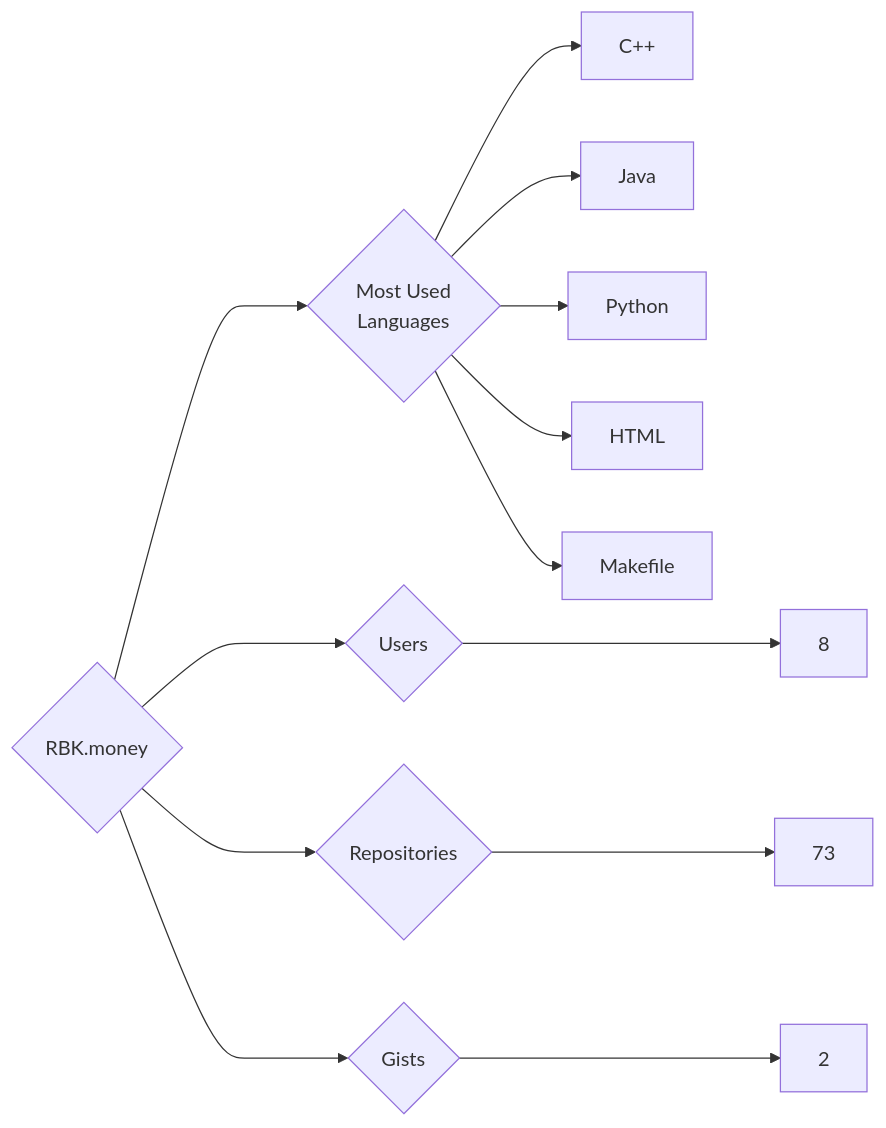
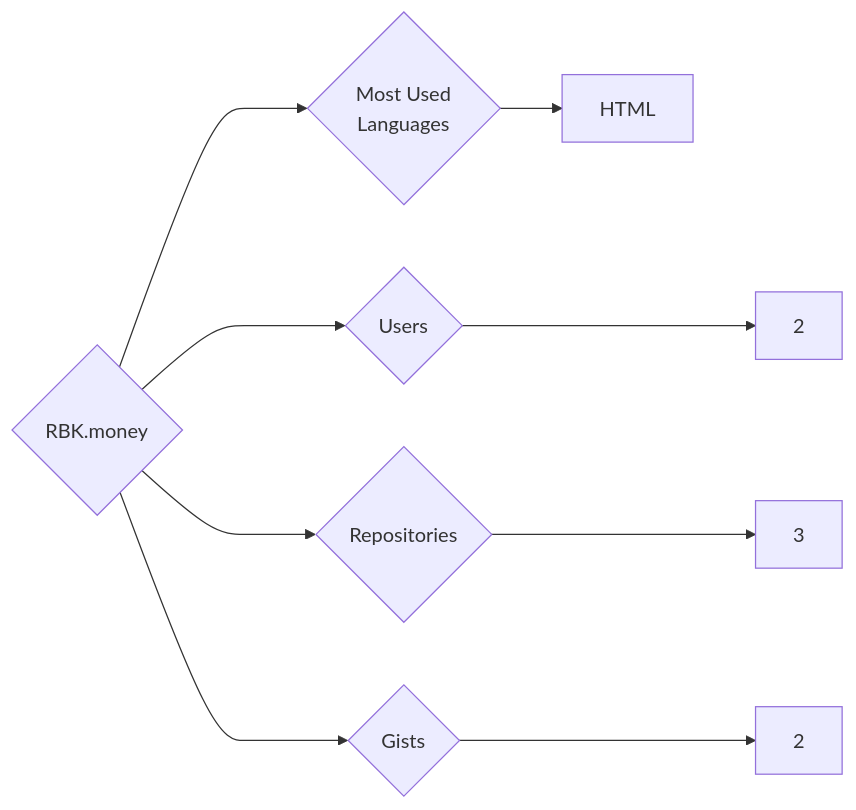
Before and after one commit to trickest/insiders: the diagram in targets/RBK.money/README.md, drawn with Mermaid. The commit also changed 829 other files, not shown here.

````diff
--- a/targets/RBK.money/README.md
+++ b/targets/RBK.money/README.md
@@ -3,13 +3,9 @@
 ```mermaid
 graph LR
 COMPANY_NAME{RBK.money}
-COMPANY_NAME ---> U{Users} ---> UN[8]
-COMPANY_NAME ---> R{Repositories} ---> RN[73]
+COMPANY_NAME ---> U{Users} ---> UN[2]
+COMPANY_NAME ---> R{Repositories} ---> RN[3]
 COMPANY_NAME ---> G{Gists} ---> GN[2]
 COMPANY_NAME ---> ML{Most Used<br>Languages}
-ML --> C++[C++]
-ML --> Java[Java]
-ML --> Python[Python]
 ML --> HTML[HTML]
-ML --> Makefile[Makefile]
 ```
````
